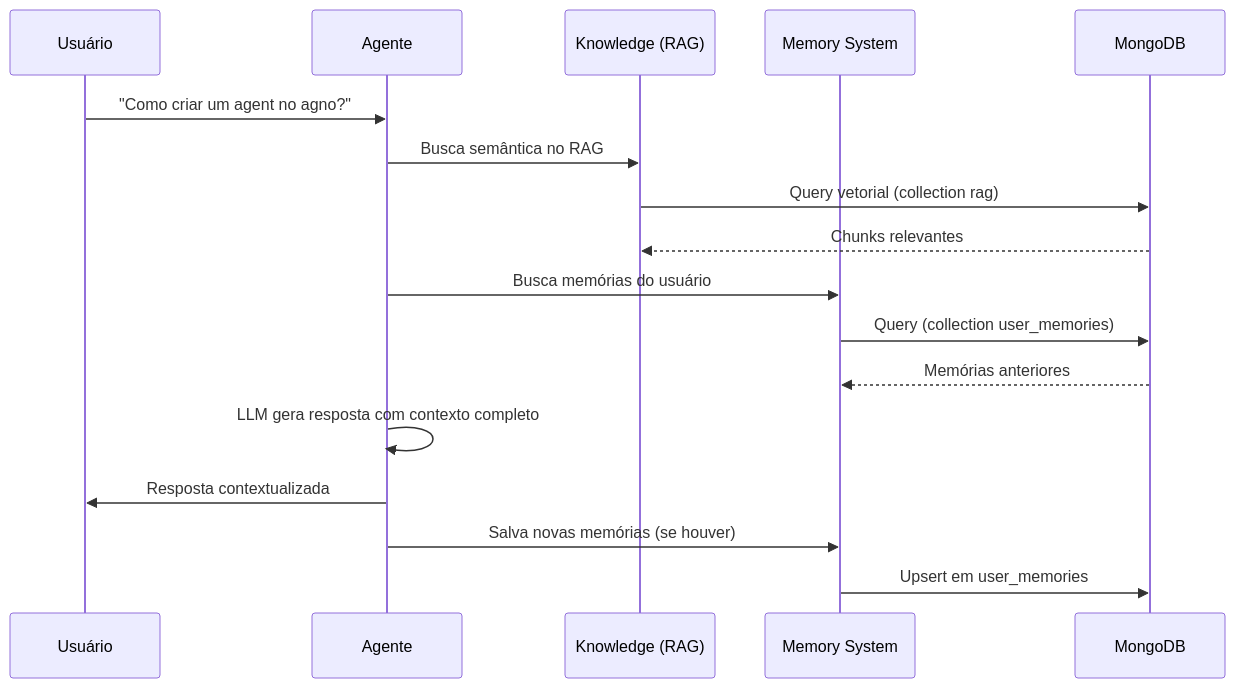
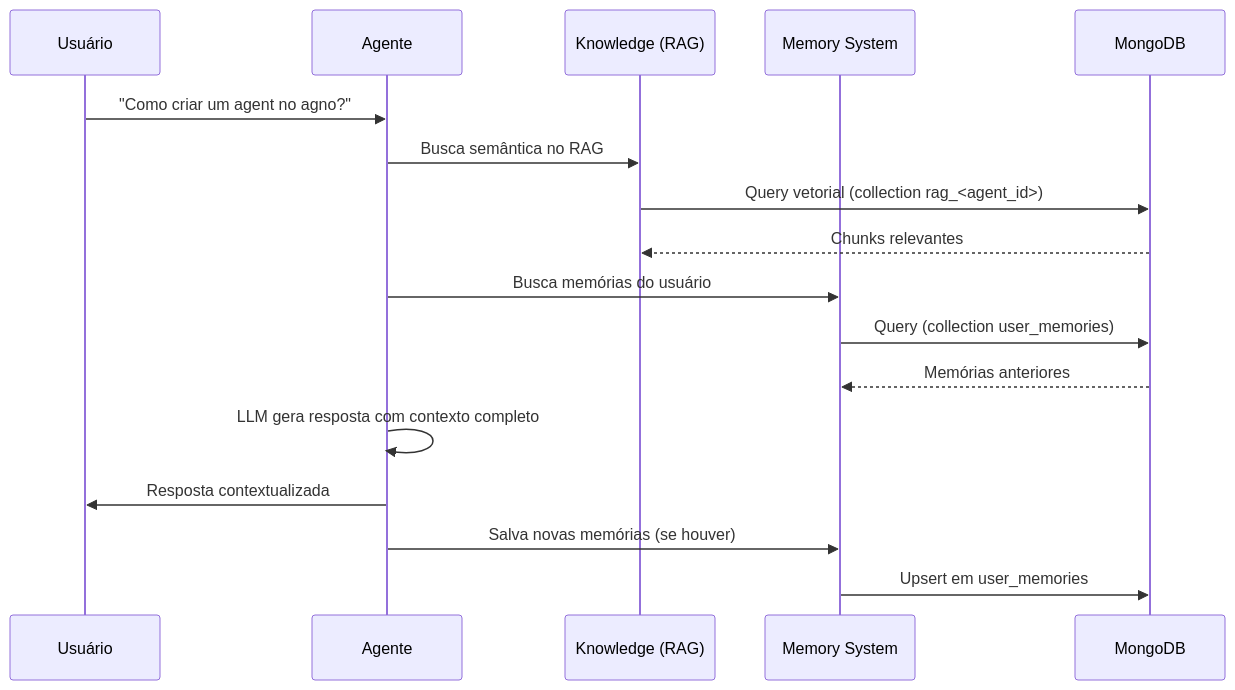
One commit to Mosfet04/orquestradorIAPythonArgo changed the fifth of 5 diagrams in README.pt-br.md. Above: the diagram before and after it, drawn with Mermaid. The commit also changed other lines of this file and 23 other files, not shown here.

First line of the commit message:
fix(rag): coleção vetorial por agente, doc_name confinado e indexação não bloqueante [F1-07]

````diff
--- a/README.pt-br.md
+++ b/README.pt-br.md
@@ -851,20 +853,20 @@
 ```mermaid
 sequenceDiagram
     participant U as Usuário
     participant A as Agente
     participant K as Knowledge (RAG)
     participant M as Memory System
     participant DB as MongoDB
 
     U->>A: "Como criar um agent no agno?"
     A->>K: Busca semântica no RAG
-    K->>DB: Query vetorial (collection rag)
+    K->>DB: Query vetorial (collection rag_<agent_id>)
     DB-->>K: Chunks relevantes
     A->>M: Busca memórias do usuário
     M->>DB: Query (collection user_memories)
     DB-->>M: Memórias anteriores
     A->>A: LLM gera resposta com contexto completo
     A->>U: Resposta contextualizada
     A->>M: Salva novas memórias (se houver)
     M->>DB: Upsert em user_memories
 ```
````
